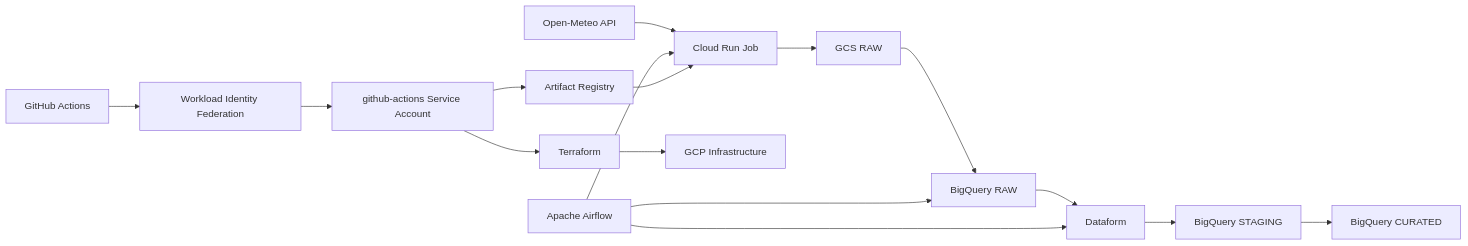
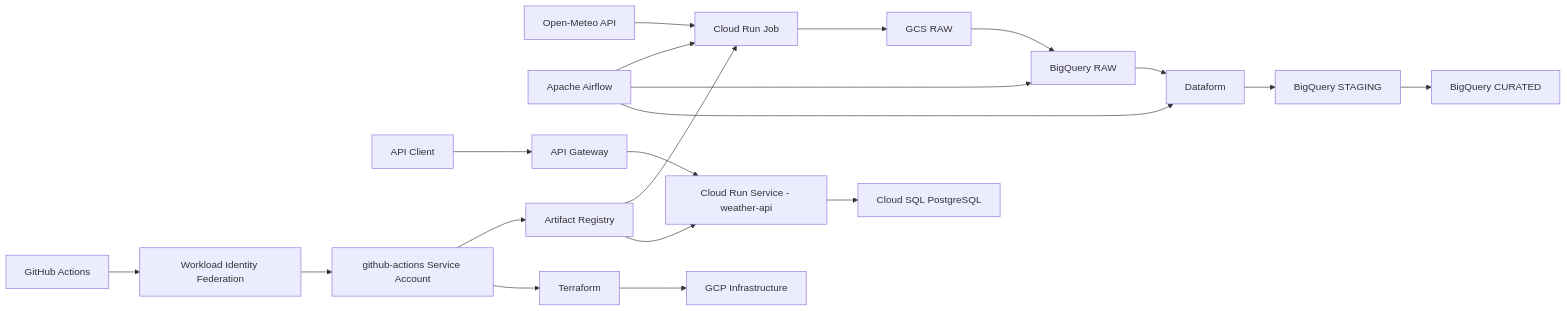
One commit to Maugun/gcp-weather-data-platform changed the diagram in README.md. Above: the diagram before and after it, drawn with Mermaid. The commit also changed other lines of this file, not shown here.

Commit message:
docs: update platform architecture and weather api

````diff
--- a/README.md
+++ b/README.md
@@ -11,23 +14,29 @@
 ```mermaid
 flowchart LR
-    API[Open-Meteo API] --> CR[Cloud Run Job]
-    CR --> GCS[GCS RAW]
+    %% Data pipeline
+    OM[Open-Meteo API] --> CRJ[Cloud Run Job]
+    CRJ --> GCS[GCS RAW]
     GCS --> BQRAW[BigQuery RAW]
-
     BQRAW --> DF[Dataform]
     DF --> STG[BigQuery STAGING]
     STG --> CUR[BigQuery CURATED]
 
-    AF[Apache Airflow] --> CR
+    AF[Apache Airflow] --> CRJ
     AF --> BQRAW
     AF --> DF
 
+    %% Operational API
+    CLIENT[API Client] --> GW[API Gateway]
+    GW --> CRS[Cloud Run Service - weather-api]
+    CRS --> PG[Cloud SQL PostgreSQL]
+
+    %% CI/CD and IaC
     GH[GitHub Actions] --> WIF[Workload Identity Federation]
     WIF --> GHA[github-actions Service Account]
-
     GHA --> AR[Artifact Registry]
     GHA --> TF[Terraform]
     TF --> GCP[GCP Infrastructure]
 
-    AR --> CR
+    AR --> CRJ
+    AR --> CRS
 ```
````
